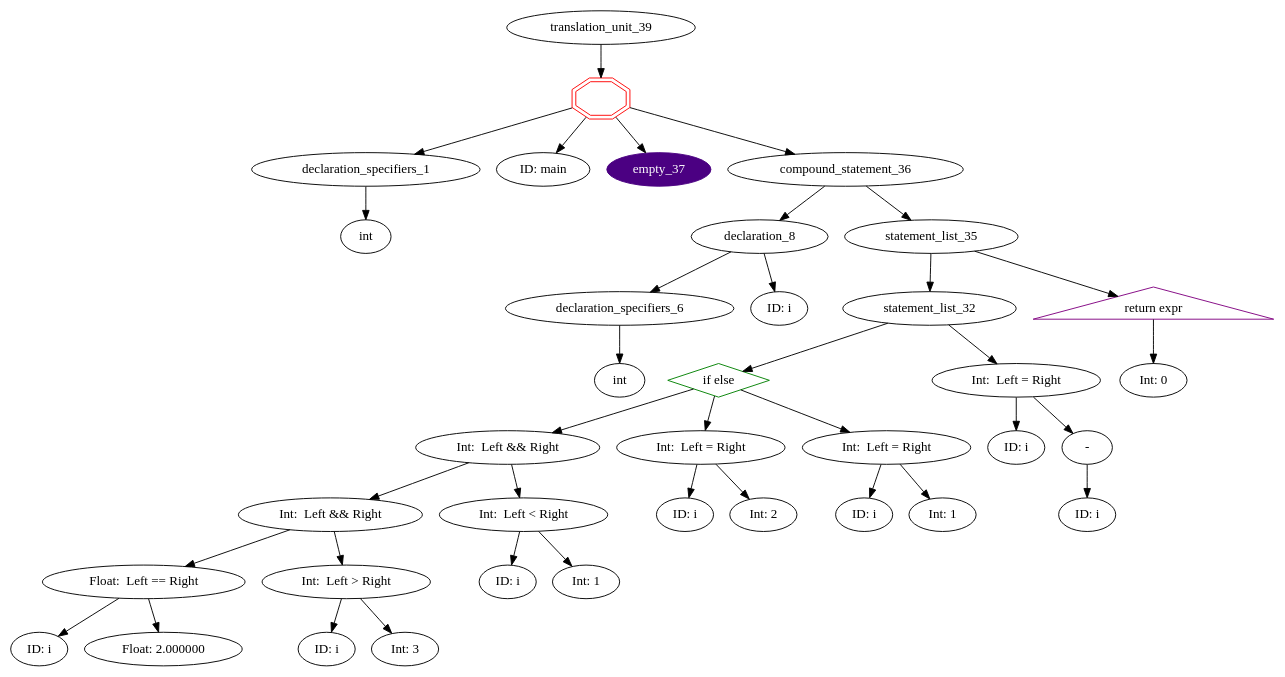
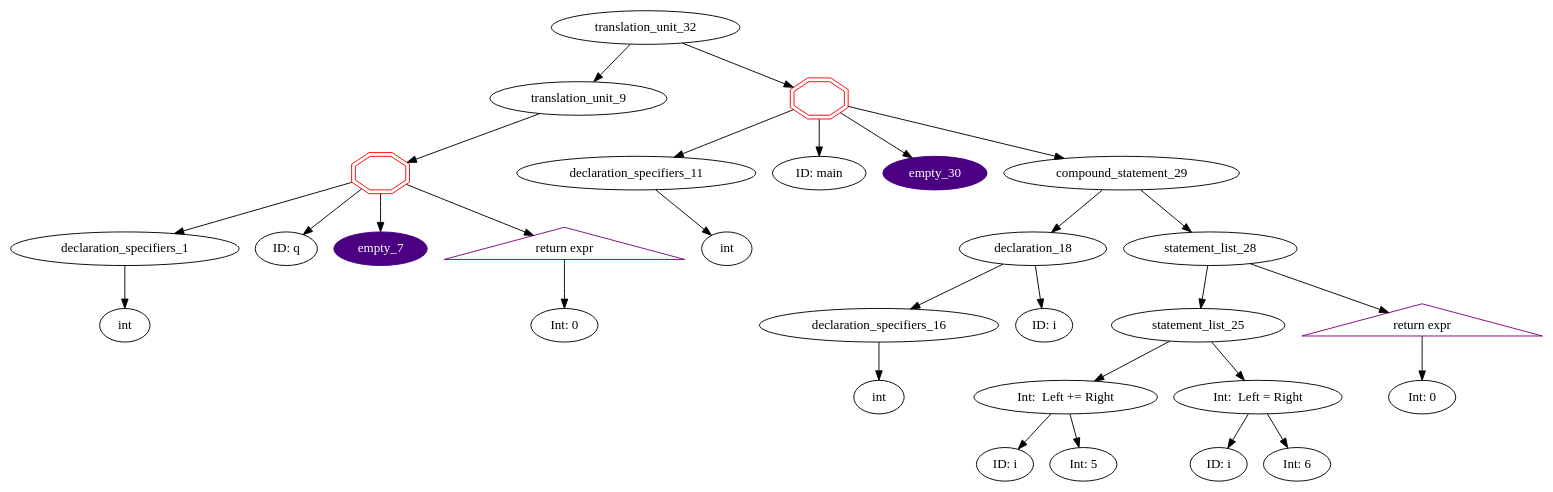
Before and after one commit to ahpalmerUNR/c_compiler: the diagram in graphs/default.gv, drawn with Graphviz. The commit also changed 6 other files, not shown here.

```diff
--- a/graphs/default.gv
+++ b/graphs/default.gv
@@ -1,71 +1,54 @@
 digraph AST {
-	translation_unit_39 -> function_definition_38;
-	function_definition_38 [shape=doubleoctagon,color=red,label=""]
-	function_definition_38 -> declaration_specifiers_1;
+	translation_unit_32 -> translation_unit_9;
+	translation_unit_9 -> function_definition_8;
+	function_definition_8 [shape=doubleoctagon,color=red,label=""]
+	function_definition_8 -> declaration_specifiers_1;
 	declaration_specifiers_1 [label="declaration_specifiers_1"]
 	declaration_specifiers_1 -> type_specifier_0;
 	type_specifier_0 [label="int"]
-	function_definition_38 -> identifier_2;
-	identifier_2 [label="ID: main"]
-	function_definition_38 -> empty_37;
-	empty_37 [style=filled,color=indigo,fontcolor=white]
-	function_definition_38 -> compound_statement_36;
-	compound_statement_36 -> declaration_8;
-	declaration_8 [label="declaration_8"]
-	declaration_8 -> declaration_specifiers_6;
-	declaration_specifiers_6 [label="declaration_specifiers_6"]
-	declaration_specifiers_6 -> type_specifier_5;
-	type_specifier_5 [label="int"]
-	declaration_8 -> identifier_7;
-	identifier_7 [label="ID: i"]
-	compound_statement_36 -> statement_list_35;
-	statement_list_35 -> statement_list_32;
-	statement_list_32 -> selection_statement_27;
-	selection_statement_27 [shape=diamond,color=green,label="if else"]
-	selection_statement_27 -> conditional_expression_20;
-	conditional_expression_20 [label="Int:  Left && Right"]
-	conditional_expression_20 -> conditional_expression_16;
-	conditional_expression_16 [label="Int:  Left && Right"]
-	conditional_expression_16 -> equality_expression_11;
-	equality_expression_11 [label="Float:  Left == Right"]
-	equality_expression_11 -> identifier_9;
-	identifier_9 [label="ID: i"]
-	equality_expression_11 -> constant_10;
-	constant_10 [label="Float: 2.000000"]
-	conditional_expression_16 -> equality_expression_15;
-	equality_expression_15 [label="Int:  Left > Right"]
-	equality_expression_15 -> identifier_13;
-	identifier_13 [label="ID: i"]
-	equality_expression_15 -> constant_14;
-	constant_14 [label="Int: 3"]
-	conditional_expression_20 -> equality_expression_19;
-	equality_expression_19 [label="Int:  Left < Right"]
-	equality_expression_19 -> identifier_17;
+	function_definition_8 -> identifier_2;
+	identifier_2 [label="ID: q"]
+	function_definition_8 -> empty_7;
+	empty_7 [style=filled,color=indigo,fontcolor=white]
+	function_definition_8 -> jump_statement_6;
+	jump_statement_6 [shape = triangle,color=purple,label="return expr"]
+	jump_statement_6 -> constant_5;
+	constant_5 [label="Int: 0"]
+	translation_unit_32 -> function_definition_31;
+	function_definition_31 [shape=doubleoctagon,color=red,label=""]
+	function_definition_31 -> declaration_specifiers_11;
+	declaration_specifiers_11 [label="declaration_specifiers_11"]
+	declaration_specifiers_11 -> type_specifier_10;
+	type_specifier_10 [label="int"]
+	function_definition_31 -> identifier_12;
+	identifier_12 [label="ID: main"]
+	function_definition_31 -> empty_30;
+	empty_30 [style=filled,color=indigo,fontcolor=white]
+	function_definition_31 -> compound_statement_29;
+	compound_statement_29 -> declaration_18;
+	declaration_18 [label="declaration_18"]
+	declaration_18 -> declaration_specifiers_16;
+	declaration_specifiers_16 [label="declaration_specifiers_16"]
+	declaration_specifiers_16 -> type_specifier_15;
+	type_specifier_15 [label="int"]
+	declaration_18 -> identifier_17;
 	identifier_17 [label="ID: i"]
-	equality_expression_19 -> constant_18;
-	constant_18 [label="Int: 1"]
-	selection_statement_27 -> assignment_expression_23;
-	assignment_expression_23 [label="Int:  Left = Right"]
-	assignment_expression_23 -> identifier_21;
-	identifier_21 [label="ID: i"]
-	assignment_expression_23 -> constant_22;
-	constant_22 [label="Int: 2"]
-	selection_statement_27 -> assignment_expression_26;
-	assignment_expression_26 [label="Int:  Left = Right"]
-	assignment_expression_26 -> identifier_24;
-	identifier_24 [label="ID: i"]
-	assignment_expression_26 -> constant_25;
-	constant_25 [label="Int: 1"]
-	statement_list_32 -> assignment_expression_31;
-	assignment_expression_31 [label="Int:  Left = Right"]
-	assignment_expression_31 -> identifier_28;
-	identifier_28 [label="ID: i"]
-	assignment_expression_31 -> unary_operator_29;
-	unary_operator_29 [label="-"]
-	unary_operator_29 -> identifier_30;
-	identifier_30 [label="ID: i"]
-	statement_list_35 -> jump_statement_34;
-	jump_statement_34 [shape = triangle,color=purple,label="return expr"]
-	jump_statement_34 -> constant_33;
-	constant_33 [label="Int: 0"]
+	compound_statement_29 -> statement_list_28;
+	statement_list_28 -> statement_list_25;
+	statement_list_25 -> assignment_expression_21;
+	assignment_expression_21 [label="Int:  Left += Right"]
+	assignment_expression_21 -> identifier_19;
+	identifier_19 [label="ID: i"]
+	assignment_expression_21 -> constant_20;
+	constant_20 [label="Int: 5"]
+	statement_list_25 -> assignment_expression_24;
+	assignment_expression_24 [label="Int:  Left = Right"]
+	assignment_expression_24 -> identifier_22;
+	identifier_22 [label="ID: i"]
+	assignment_expression_24 -> constant_23;
+	constant_23 [label="Int: 6"]
+	statement_list_28 -> jump_statement_27;
+	jump_statement_27 [shape = triangle,color=purple,label="return expr"]
+	jump_statement_27 -> constant_26;
+	constant_26 [label="Int: 0"]
 }
```
